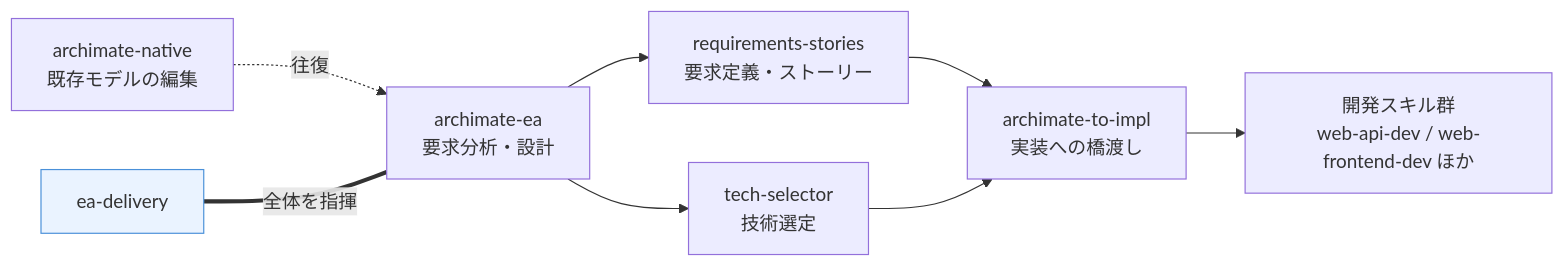
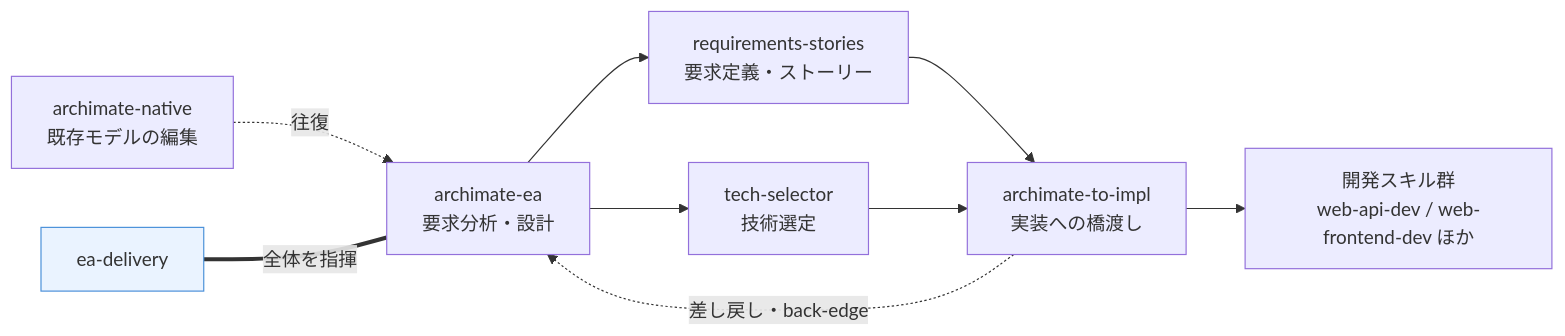
Before and after one commit to dobachi/claude-skills-marketplace: the diagram in site/index.qmd, drawn with Mermaid. The commit also changed other lines of this file and 2 other files, not shown here.

````diff
--- a/site/index.qmd
+++ b/site/index.qmd
@@ -42,13 +43,14 @@
 ```{mermaid}
 flowchart LR
   A[archimate-ea<br/>要求分析・設計] --> R[requirements-stories<br/>要求定義・ストーリー]
   A --> T[tech-selector<br/>技術選定]
   R --> I[archimate-to-impl<br/>実装への橋渡し]
   T --> I
   I --> D[開発スキル群<br/>web-api-dev / web-frontend-dev ほか]
+  I -. 差し戻し・back-edge .-> A
   N[archimate-native<br/>既存モデルの編集] -. 往復 .-> A
   E[ea-delivery] === |全体を指揮| A
 
   classDef hub fill:#eaf3ff,stroke:#4a90d9;
   class E hub;
 ```
````
